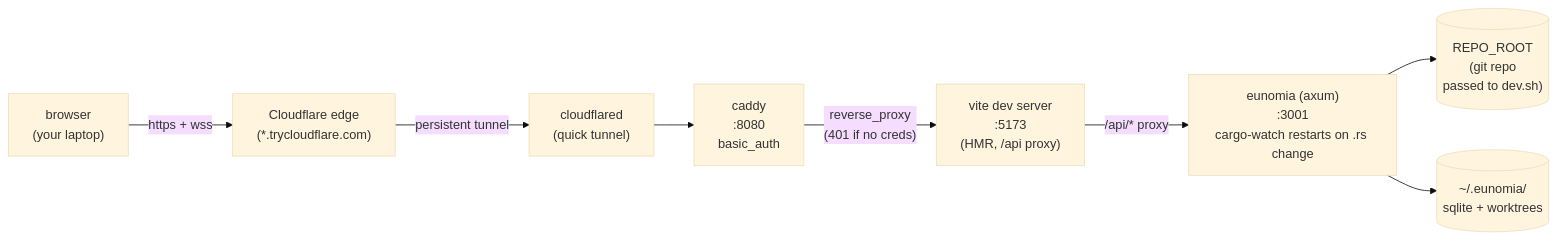
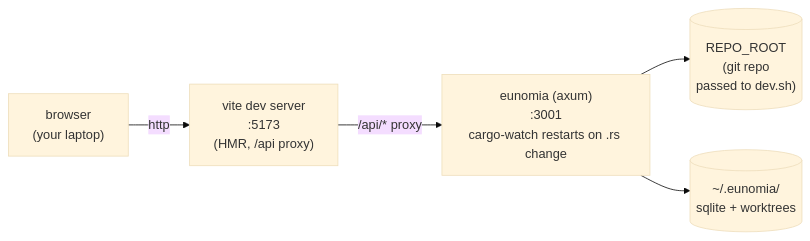
One commit to James-Mart/eunomio changed the diagram in ARCHITECTURE.md. Above: the diagram before and after it, drawn with Mermaid (base theme). The commit also changed other lines of this file and 63 other files, not shown here.

````diff
--- a/ARCHITECTURE.md
+++ b/ARCHITECTURE.md
@@ -5,19 +5,13 @@
 ```mermaid
 flowchart LR
   browser["browser<br/>(your laptop)"]
-  cf["Cloudflare edge<br/>(*.trycloudflare.com)"]
-  cfd["cloudflared<br/>(quick tunnel)"]
-  caddy["caddy<br/>:8080<br/>basic_auth"]
   vite["vite dev server<br/>:5173<br/>(HMR, /api proxy)"]
   rust["eunomia (axum)<br/>:3001<br/>cargo-watch restarts on .rs change"]
   repo[("REPO_ROOT<br/>(git repo<br/>passed to dev.sh)")]
   state[("~/.eunomia/<br/>sqlite + worktrees")]
 
-  browser -->|"https + wss"| cf
-  cf -->|"persistent tunnel"| cfd
-  cfd --> caddy
-  caddy -->|"reverse_proxy<br/>(401 if no creds)"| vite
+  browser -->|"http"| vite
   vite -->|"/api/* proxy"| rust
   rust --> repo
   rust --> state
 ```
````
